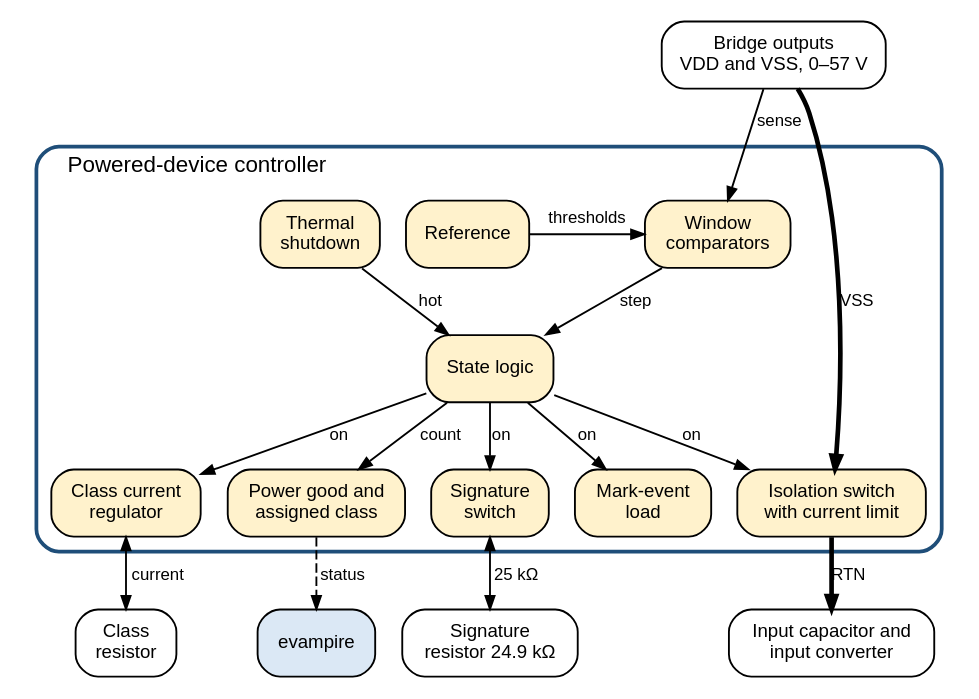
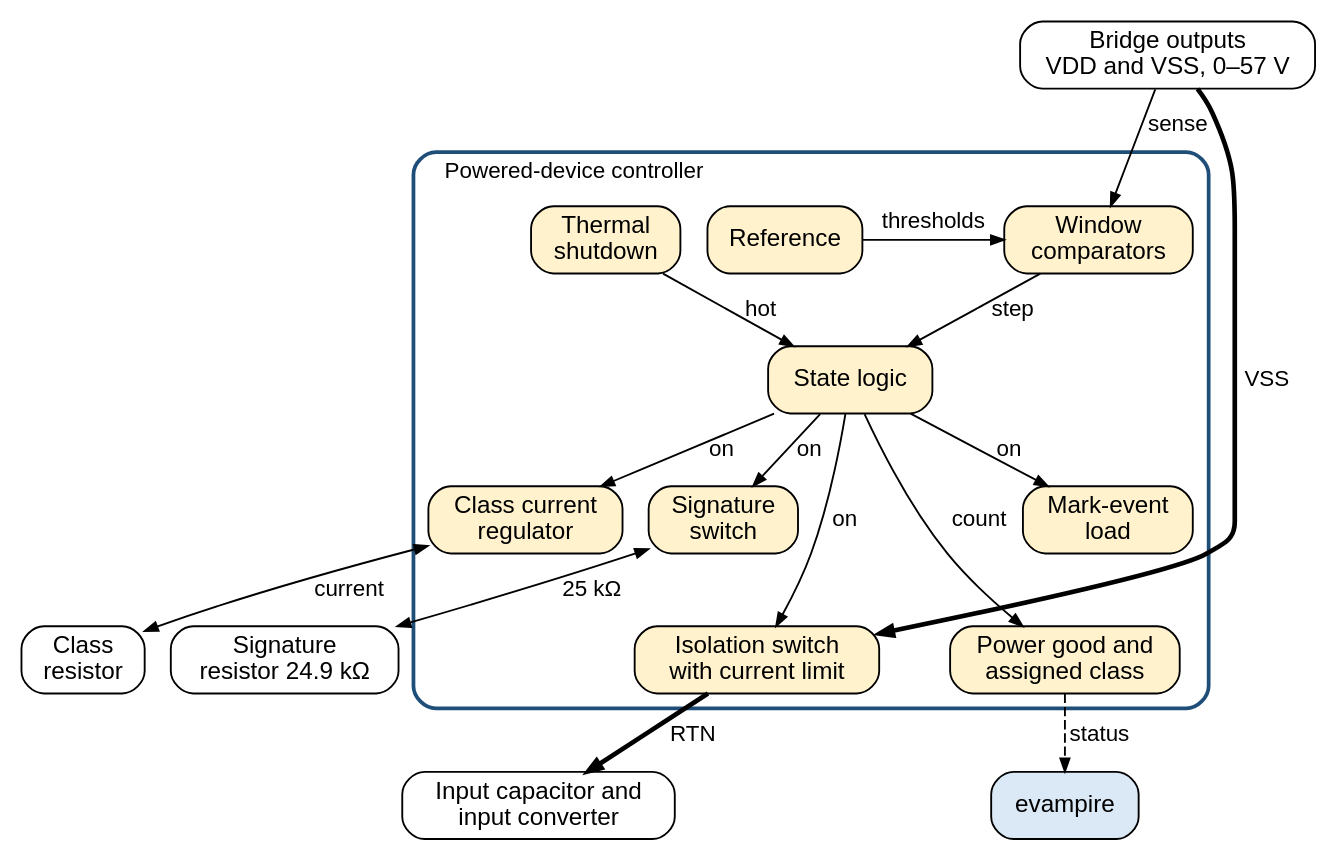
One commit to mithro/evampire changed the diagram in docs/power/poe/pd-controller.dot. Above: the diagram before and after it, drawn with Graphviz. The commit also changed 16 other files, not shown here.

Commit message:
Fix diagram label overlaps, enlarge diagram text and tidy PoE wording from the visual review

```diff
--- a/docs/power/poe/pd-controller.dot
+++ b/docs/power/poe/pd-controller.dot
@@ -1,57 +1,61 @@
 // Circuit blocks of a powered-device controller, as in commercial
 // controller chips. Every edge carries a text label; bold edges carry
 // power, thin edges carry control, dashed edges are outputs.
 //
 // Fill colours: power circuits #fff2cc, evampire #dbe8f5, external parts
 // #ffffff.
 //
 // SPDX-License-Identifier: Apache-2.0
 
 digraph pd_controller {
     graph [rankdir=TB, fontname="Helvetica", fontsize=12, nodesep=0.2,
            ranksep=0.35, newrank=true];
     node  [shape=box, style="rounded,filled", fillcolor="#f2f2f2",
-           fontname="Helvetica", fontsize=10];
-    edge  [fontname="Helvetica", fontsize=9, arrowsize=0.7];
+           fontname="Helvetica", fontsize=13];
+    edge  [fontname="Helvetica", fontsize=12, arrowsize=0.7];
 
     vin   [label="Bridge outputs\nVDD and VSS, 0–57 V", fillcolor="#ffffff"];
     rdet  [label="Signature\nresistor 24.9 kΩ", fillcolor="#ffffff"];
     rcls  [label="Class\nresistor", fillcolor="#ffffff"];
     cbulk [label="Input capacitor and\ninput converter", fillcolor="#ffffff"];
     evp   [label="evampire", fillcolor="#dbe8f5"];
 
     subgraph cluster_ic {
         label="Powered-device controller"; labelloc="t"; labeljust="l";
         style="rounded,bold"; color="#1f4e79";
 
         ref    [label="Reference", fillcolor="#fff2cc"];
         cmp    [label="Window\ncomparators", fillcolor="#fff2cc"];
         otsd   [label="Thermal\nshutdown", fillcolor="#fff2cc"];
         fsm    [label="State logic", fillcolor="#fff2cc"];
         detsw  [label="Signature\nswitch", fillcolor="#fff2cc"];
         markr  [label="Mark-event\nload", fillcolor="#fff2cc"];
         clsreg [label="Class current\nregulator", fillcolor="#fff2cc"];
         hs     [label="Isolation switch\nwith current limit", fillcolor="#fff2cc"];
         pg     [label="Power good and\nassigned class", fillcolor="#fff2cc"];
     }
 
     { rank=same; ref; cmp; otsd; }
     { rank=same; detsw; markr; clsreg; }
     { rank=same; hs; pg; }
-    { rank=same; rdet; rcls; cbulk; evp; }
+    { rank=same; rdet; rcls; }
+    { rank=same; cbulk; evp; }
+    markr -> pg [style=invis];
+    detsw -> hs [style=invis];
+    rdet -> cbulk [style=invis];
 
     vin  -> cmp    [label="sense"];
-    vin  -> hs     [penwidth=2.5, label="VSS"];
+    vin  -> hs     [penwidth=2.5, label="  VSS"];
     ref  -> cmp    [label="thresholds"];
     otsd -> fsm    [label="hot"];
     cmp  -> fsm    [label="step"];
     fsm  -> detsw  [label="on"];
     fsm  -> markr  [label="on"];
     fsm  -> clsreg [label="on"];
     fsm  -> hs     [label="on"];
     fsm  -> pg     [label="count"];
     detsw -> rdet  [dir=both, label="25 kΩ"];
     clsreg -> rcls [dir=both, label="current"];
-    hs   -> cbulk  [penwidth=2.5, label="RTN"];
+    hs   -> cbulk  [penwidth=2.5, label="  RTN"];
     pg   -> evp    [style=dashed, label="status"];
 }
```
